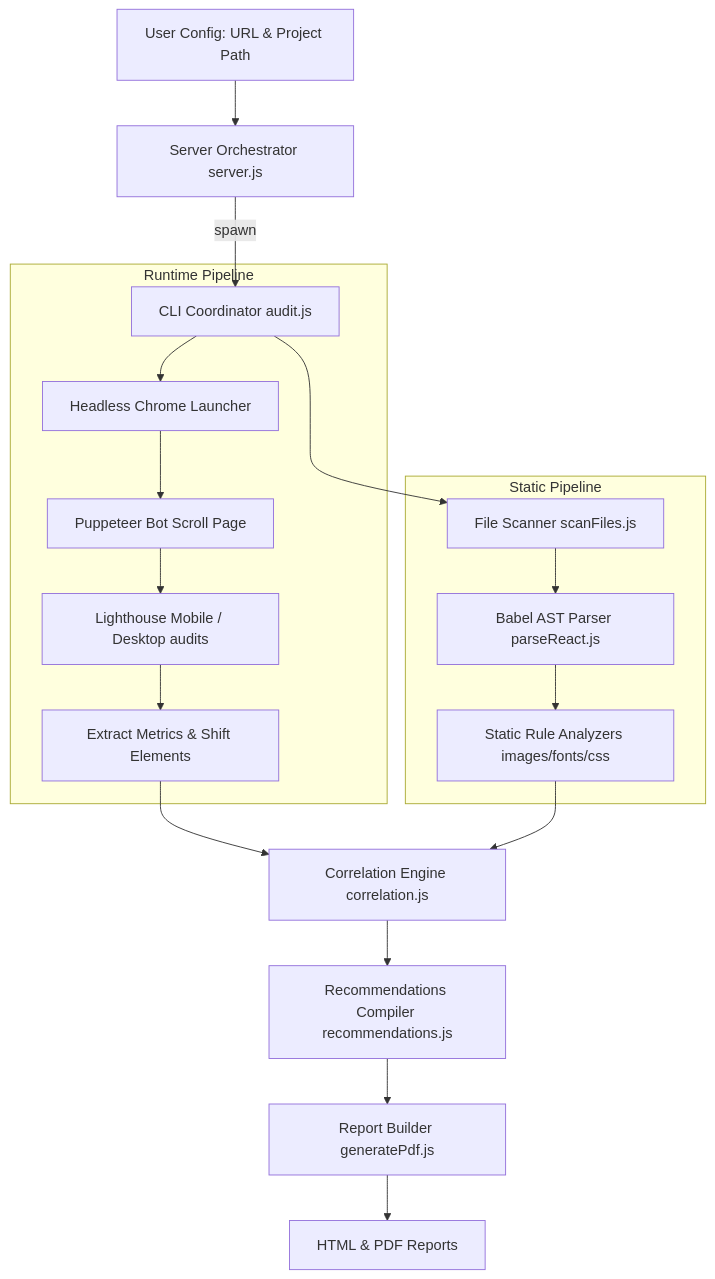
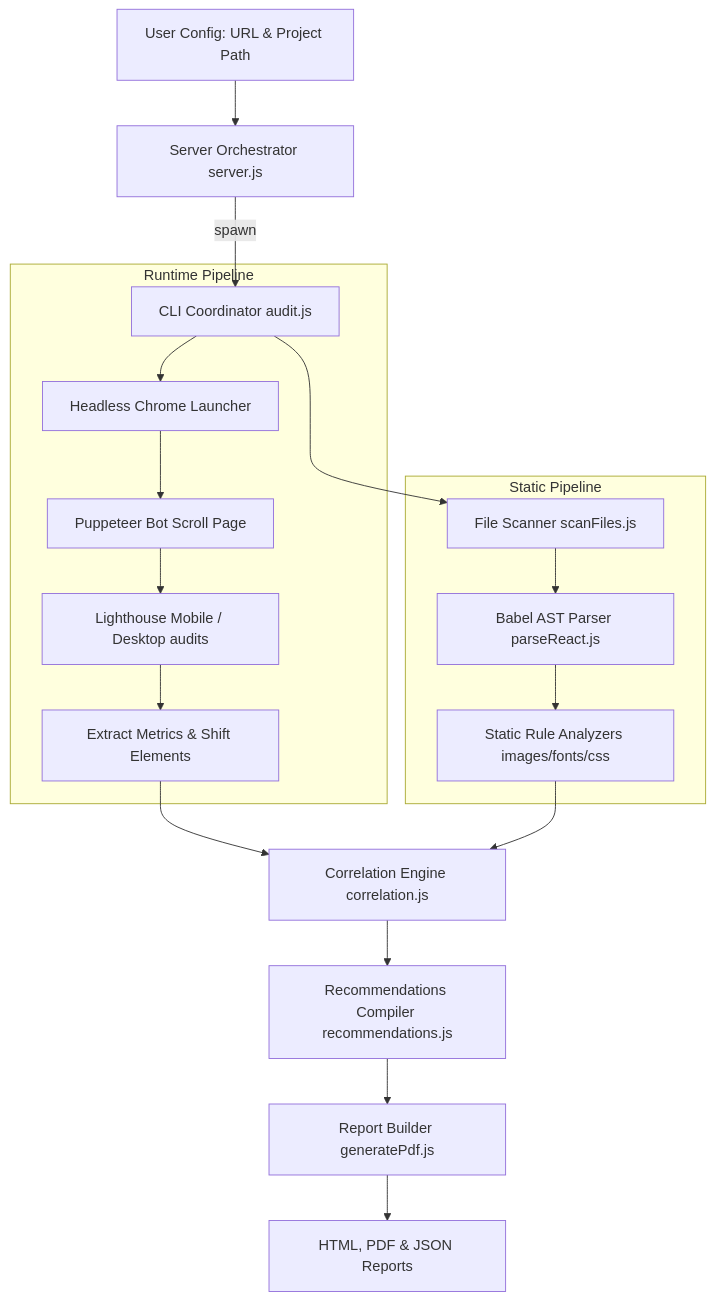
One commit to quintype/malibu-advanced changed the diagram in cwv-inspector/README.md. Above: the diagram before and after it, drawn with Mermaid. The commit also changed other lines of this file and 16 other files, not shown here.

````diff
--- a/cwv-inspector/README.md
+++ b/cwv-inspector/README.md
@@ -53,24 +53,24 @@
 ```mermaid
 graph TD
     A[User Config: URL & Project Path] --> B[Server Orchestrator server.js]
     B -->|spawn| C[CLI Coordinator audit.js]
     
     subgraph Runtime Pipeline
         C --> D[Headless Chrome Launcher]
         D --> E[Puppeteer Bot Scroll Page]
         E --> F[Lighthouse Mobile / Desktop audits]
         F --> G[Extract Metrics & Shift Elements]
     end
     
     subgraph Static Pipeline
         C --> H[File Scanner scanFiles.js]
         H --> I[Babel AST Parser parseReact.js]
         I --> J[Static Rule Analyzers images/fonts/css]
     end
     
     G --> K[Correlation Engine correlation.js]
     J --> K
     K --> L[Recommendations Compiler recommendations.js]
     L --> M[Report Builder generatePdf.js]
-    M --> N[HTML & PDF Reports]
+    M --> N[HTML, PDF & JSON Reports]
 ```
````
